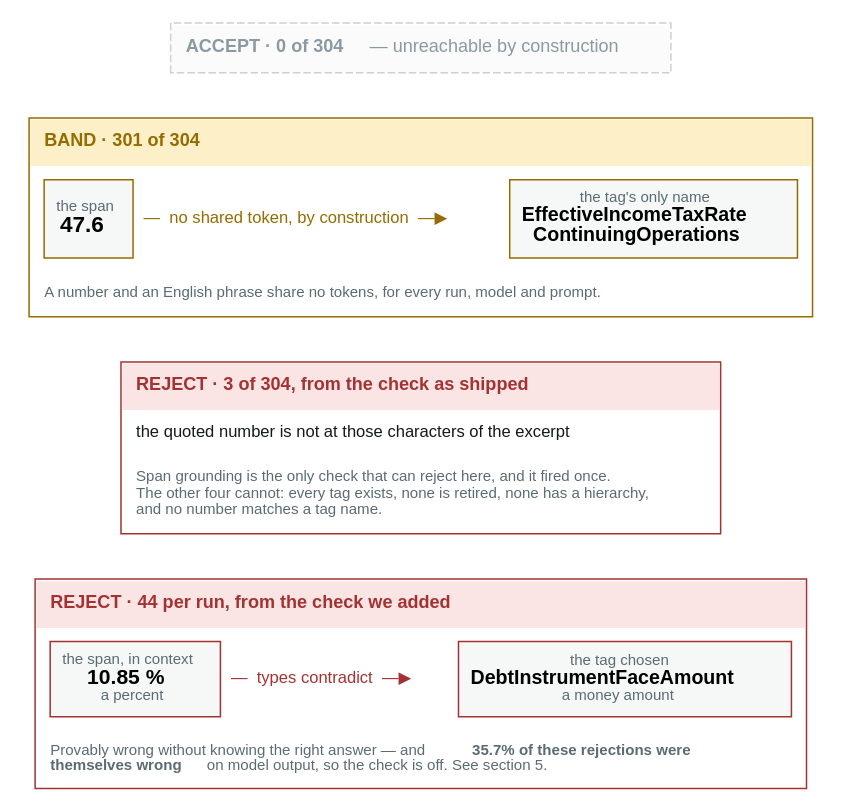
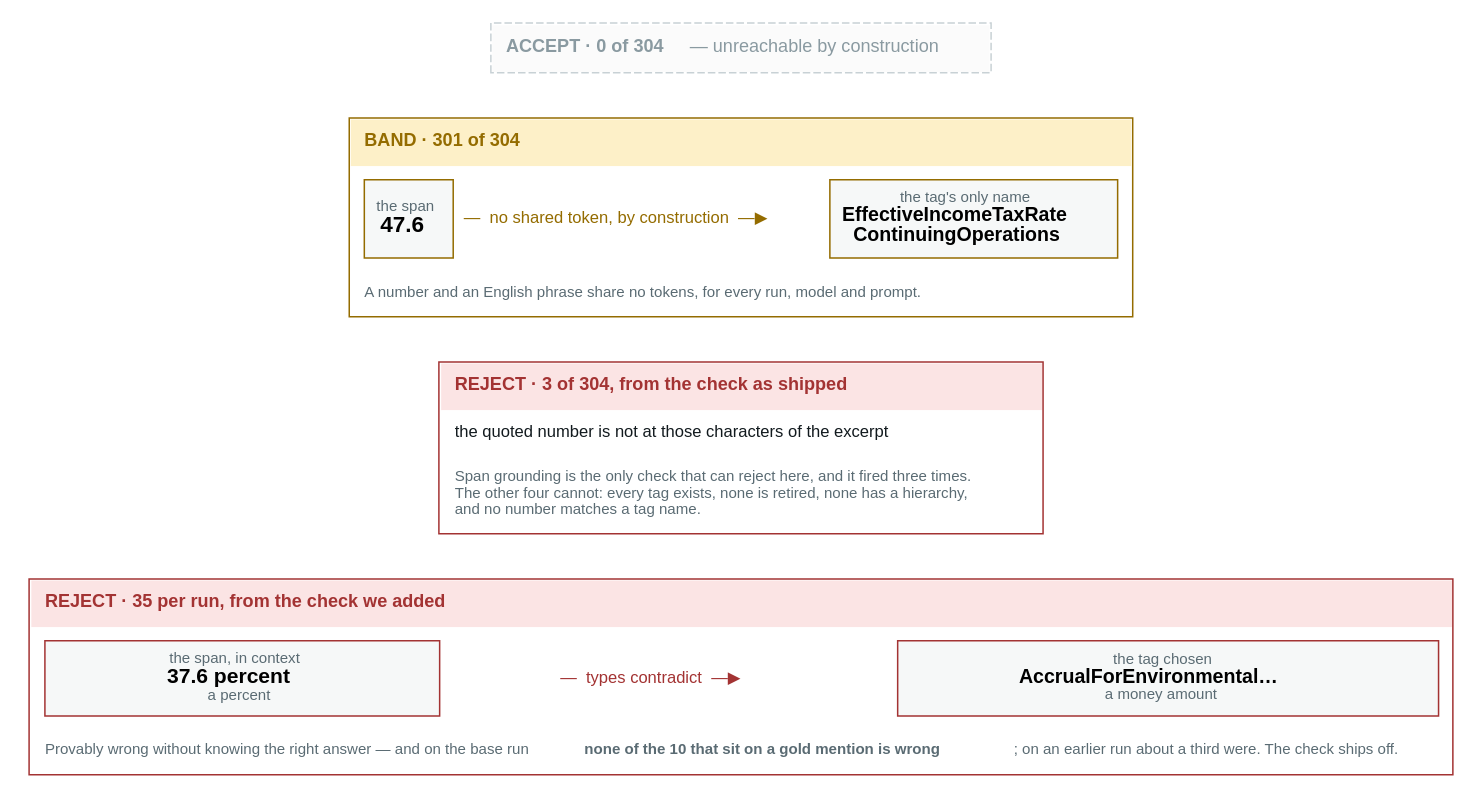
One commit to wbagais/reliability-ladder changed the diagram in docs/figures/fig4b-accept-finer.dot. Above: the diagram before and after it, drawn with Graphviz. The commit also changed 21 other files, not shown here.

Commit message:
Figures reviewed against the base run: spine rebuilt (both articles), example records 53 of 230, funnel arithmetic 87/217/226, FiNER notes to the base-run replay, section pointers made name-based

```diff
--- a/docs/figures/fig4b-accept-finer.dot
+++ b/docs/figures/fig4b-accept-finer.dot
@@ -1,47 +1,47 @@
 // What rung 1's verdicts look like on FiNER. ACCEPT is unreachable, so the two
 // live panels are BAND and REJECT — the mirror of the CADEC figure, where
 // REJECT is the empty one.
 //
 // BAND: the universal case, 301 of 304 (rerun-finer-d0). REJECT: 3 records, and span grounding is
 // the only check that can produce one here. The shape is shown rather than a
 // quoted record — the single rejection's text was not recorded, and data/finer
 // is in no checkout to recover it. The second REJECT panel shows the added type
 // check, whose fact is the one rung 2 was actually handed (decisions 2026-09-02).
 digraph accept_finer {
   rankdir=TB; bgcolor="white"; nodesep=0.28; ranksep=0.30;
   node [shape=none fontname="Helvetica" fontsize=12];
 
   acc [label=<<TABLE BORDER="1" CELLBORDER="0" CELLSPACING="0" CELLPADDING="9" COLOR="#c8d1d5" STYLE="dashed">
     <TR><TD ALIGN="LEFT" BGCOLOR="#fbfbfb"><FONT POINT-SIZE="12" COLOR="#8a9aa1"><B>ACCEPT &#183; 0 of 304</B> &#8212; unreachable by construction</FONT></TD></TR>
     </TABLE>>];
 
   band [label=<<TABLE BORDER="1" CELLBORDER="0" CELLSPACING="0" CELLPADDING="9" COLOR="#946c00">
     <TR><TD ALIGN="LEFT" BGCOLOR="#fdf0c8"><FONT POINT-SIZE="12" COLOR="#946c00"><B>BAND · 301 of 304</B></FONT></TD></TR>
     <TR><TD ALIGN="LEFT" BGCOLOR="#ffffff"><TABLE BORDER="0" CELLBORDER="1" CELLSPACING="0" CELLPADDING="7">
       <TR>
         <TD BGCOLOR="#f6f8f8"><FONT POINT-SIZE="10.5" COLOR="#5a6b73">the span</FONT><BR/><FONT POINT-SIZE="15"><B>47.6</B></FONT></TD>
         <TD BORDER="0"><FONT POINT-SIZE="11" COLOR="#946c00"> &#8212;  no shared token, by construction  &#8212;&#9654; </FONT></TD>
         <TD BGCOLOR="#f6f8f8"><FONT POINT-SIZE="10.5" COLOR="#5a6b73">the tag's only name</FONT><BR/><FONT POINT-SIZE="13"><B>EffectiveIncomeTaxRate<BR/>ContinuingOperations</B></FONT></TD>
       </TR></TABLE></TD></TR>
     <TR><TD ALIGN="LEFT" BGCOLOR="#ffffff"><FONT POINT-SIZE="10.5" COLOR="#5a6b73">A number and an English phrase share no tokens, for every run, model and prompt.</FONT></TD></TR>
     </TABLE>>];
 
   rej [label=<<TABLE BORDER="1" CELLBORDER="0" CELLSPACING="0" CELLPADDING="9" COLOR="#a33333">
     <TR><TD ALIGN="LEFT" BGCOLOR="#fbe4e4"><FONT POINT-SIZE="12" COLOR="#a33333"><B>REJECT · 3 of 304, from the check as shipped</B></FONT></TD></TR>
     <TR><TD ALIGN="LEFT" BGCOLOR="#ffffff"><FONT POINT-SIZE="11.5" COLOR="#121a1e">the quoted number is not at those characters of the excerpt</FONT></TD></TR>
-    <TR><TD ALIGN="LEFT" BGCOLOR="#ffffff"><FONT POINT-SIZE="10.5" COLOR="#5a6b73">Span grounding is the only check that can reject here, and it fired once.<BR ALIGN="LEFT"/>The other four cannot: every tag exists, none is retired, none has a hierarchy,<BR ALIGN="LEFT"/>and no number matches a tag name.</FONT><BR ALIGN="LEFT"/></TD></TR>
+    <TR><TD ALIGN="LEFT" BGCOLOR="#ffffff"><FONT POINT-SIZE="10.5" COLOR="#5a6b73">Span grounding is the only check that can reject here, and it fired three times.<BR ALIGN="LEFT"/>The other four cannot: every tag exists, none is retired, none has a hierarchy,<BR ALIGN="LEFT"/>and no number matches a tag name.</FONT><BR ALIGN="LEFT"/></TD></TR>
     </TABLE>>];
 
   rej2 [label=<<TABLE BORDER="1" CELLBORDER="0" CELLSPACING="0" CELLPADDING="9" COLOR="#a33333">
-    <TR><TD ALIGN="LEFT" BGCOLOR="#fbe4e4"><FONT POINT-SIZE="12" COLOR="#a33333"><B>REJECT · 44 per run, from the check we added</B></FONT></TD></TR>
+    <TR><TD ALIGN="LEFT" BGCOLOR="#fbe4e4"><FONT POINT-SIZE="12" COLOR="#a33333"><B>REJECT · 35 per run, from the check we added</B></FONT></TD></TR>
     <TR><TD ALIGN="LEFT" BGCOLOR="#ffffff"><TABLE BORDER="0" CELLBORDER="1" CELLSPACING="0" CELLPADDING="7">
       <TR>
-        <TD BGCOLOR="#f6f8f8"><FONT POINT-SIZE="10.5" COLOR="#5a6b73">the span, in context</FONT><BR/><FONT POINT-SIZE="14"><B>10.85 %</B></FONT><BR/><FONT POINT-SIZE="10.5" COLOR="#5a6b73">a percent</FONT></TD>
+        <TD BGCOLOR="#f6f8f8"><FONT POINT-SIZE="10.5" COLOR="#5a6b73">the span, in context</FONT><BR/><FONT POINT-SIZE="14"><B>37.6 percent</B></FONT><BR/><FONT POINT-SIZE="10.5" COLOR="#5a6b73">a percent</FONT></TD>
         <TD BORDER="0"><FONT POINT-SIZE="11" COLOR="#a33333"> &#8212;  types contradict  &#8212;&#9654; </FONT></TD>
-        <TD BGCOLOR="#f6f8f8"><FONT POINT-SIZE="10.5" COLOR="#5a6b73">the tag chosen</FONT><BR/><FONT POINT-SIZE="13"><B>DebtInstrumentFaceAmount</B></FONT><BR/><FONT POINT-SIZE="10.5" COLOR="#5a6b73">a money amount</FONT></TD>
+        <TD BGCOLOR="#f6f8f8"><FONT POINT-SIZE="10.5" COLOR="#5a6b73">the tag chosen</FONT><BR/><FONT POINT-SIZE="13"><B>AccrualForEnvironmental…</B></FONT><BR/><FONT POINT-SIZE="10.5" COLOR="#5a6b73">a money amount</FONT></TD>
       </TR></TABLE></TD></TR>
-    <TR><TD ALIGN="LEFT" BGCOLOR="#ffffff"><FONT POINT-SIZE="10.5" COLOR="#5a6b73">Provably wrong without knowing the right answer &#8212; and <B>35.7% of these rejections were</B><BR ALIGN="LEFT"/><B>themselves wrong</B> on model output, so the check is off. See section 5.</FONT><BR ALIGN="LEFT"/></TD></TR>
+    <TR><TD ALIGN="LEFT" BGCOLOR="#ffffff"><FONT POINT-SIZE="10.5" COLOR="#5a6b73">Provably wrong without knowing the right answer &#8212; and on the base run <B>none of the 10 that sit on a gold mention is wrong</B>; on an earlier run about a third were. The check ships off.</FONT></TD></TR>
     </TABLE>>];
 
   acc -> band [style=invis]; band -> rej [style=invis]; rej -> rej2 [style=invis];
 }
```
